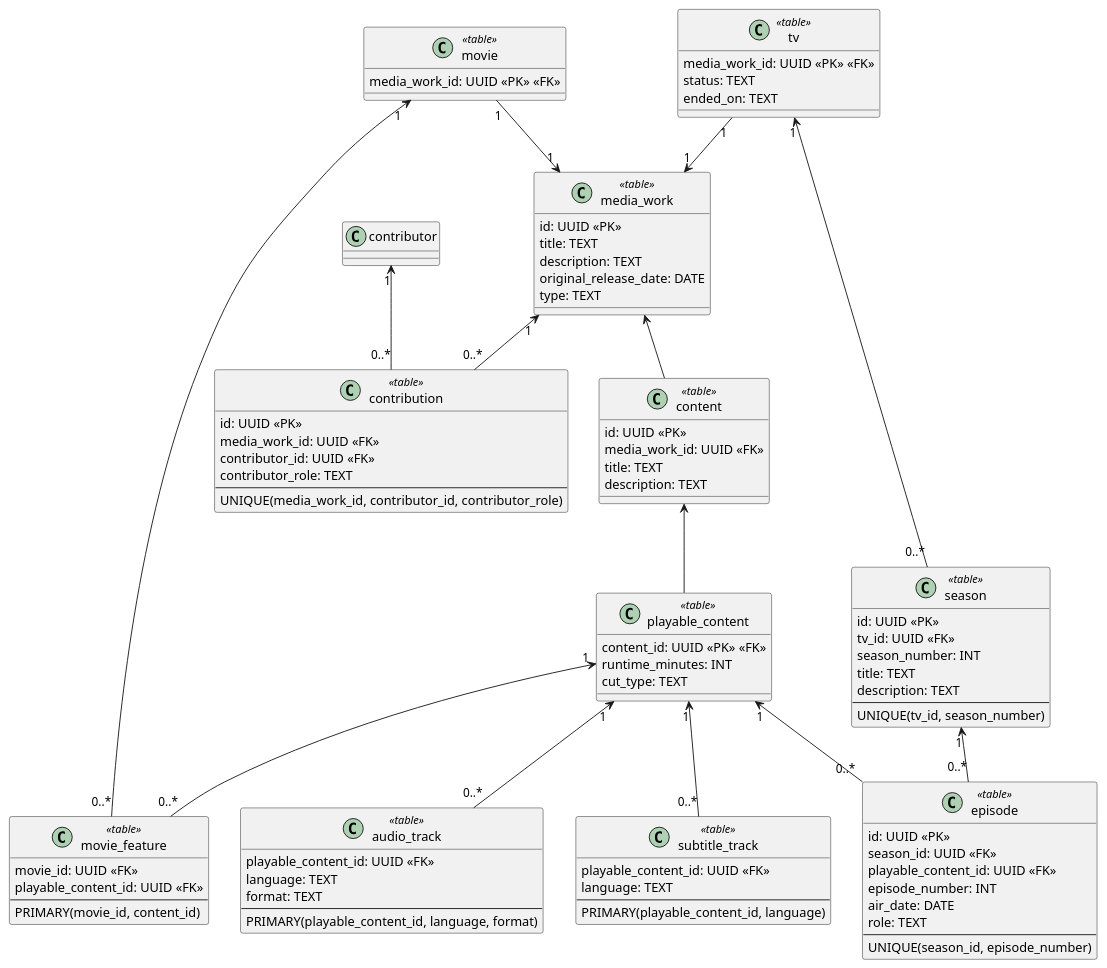
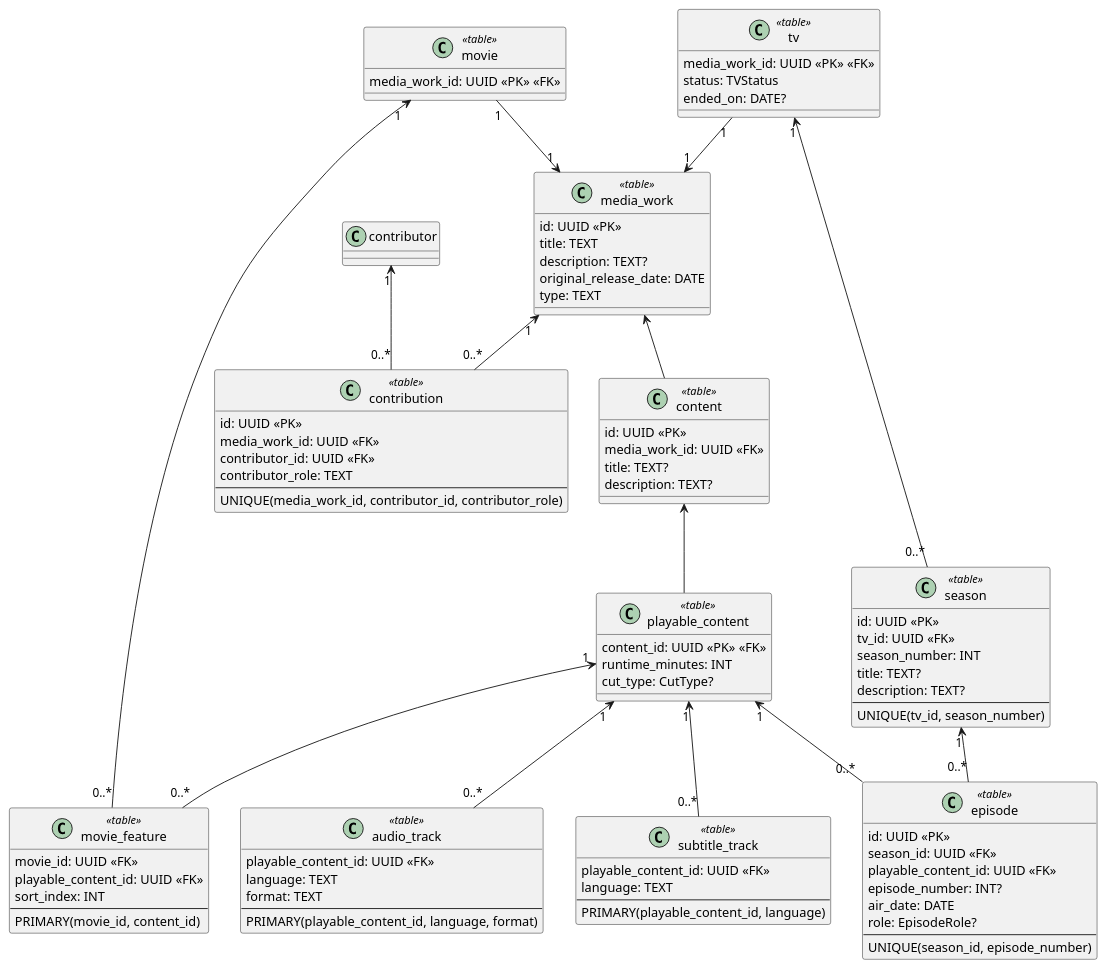
Before and after one commit to yantue/colleq: the diagram in docs/uml/data/media_work.data.puml, drawn with PlantUML. The commit also changed 3 other files, not shown here.

```diff
--- a/docs/uml/data/media_work.data.puml
+++ b/docs/uml/data/media_work.data.puml
@@ -1,117 +1,118 @@
 @startuml
 skinparam classAttributeIconSize 0
 
 ' ===== CORE =====
 class media_work <<table>> {
     id: UUID <<PK>>
     title: TEXT
-    description: TEXT
+    description: TEXT?
     original_release_date: DATE
     type: TEXT
 }
 
 ' ===== CONTRIBUTIONS =====
 class contribution <<table>> {
     id: UUID <<PK>>
     media_work_id: UUID <<FK>>
     contributor_id: UUID <<FK>>
     contributor_role: TEXT
     --
     UNIQUE(media_work_id, contributor_id, contributor_role)
 }
 
 media_work "1" <-- "0..*" contribution
 
 ' ===== CONTENT =====
 class content <<table>> {
     id: UUID <<PK>>
     media_work_id: UUID <<FK>>
-    title: TEXT
-    description: TEXT
+    title: TEXT?
+    description: TEXT?
 }
 
 media_work <-- content
 
 class playable_content <<table>> {
     content_id: UUID <<PK>> <<FK>>
     runtime_minutes: INT
-    cut_type: TEXT
+    cut_type: CutType?
 }
 
 content <-- playable_content
 
 class audio_track <<table>> {
     playable_content_id: UUID <<FK>>
     language: TEXT
     format: TEXT
     --
     PRIMARY(playable_content_id, language, format)
 }
 
 playable_content "1" <-- "0..*" audio_track
 
 class subtitle_track <<table>> {
     playable_content_id: UUID <<FK>>
     language: TEXT
     --
     PRIMARY(playable_content_id, language)
 }
 
 playable_content "1" <-- "0..*" subtitle_track
 
 ' ===== MOVIE =====
 class movie <<table>> {
     media_work_id: UUID <<PK>> <<FK>>
 }
 
 movie "1" --> "1" media_work
 
 class movie_feature <<table>> {
      movie_id: UUID <<FK>>
      playable_content_id: UUID <<FK>>
+     sort_index: INT
      --
      PRIMARY(movie_id, content_id)
 }
 
 movie "1" <-- "0..*" movie_feature
 playable_content "1" <-- "0..*" movie_feature
 
 ' ===== TV =====
 class tv <<table>> {
     media_work_id: UUID <<PK>> <<FK>>
-    status: TEXT
-    ended_on: TEXT
+    status: TVStatus
+    ended_on: DATE?
 }
 
 tv "1" --> "1" media_work
 
 class season <<table>> {
     id: UUID <<PK>>
     tv_id: UUID <<FK>>
     season_number: INT
-    title: TEXT
-    description: TEXT
+    title: TEXT?
+    description: TEXT?
     --
     UNIQUE(tv_id, season_number)
 }
 
 tv "1" <-- "0..*" season
 
 class episode <<table>> {
     id: UUID <<PK>>
     season_id: UUID <<FK>>
     playable_content_id: UUID <<FK>>
-    episode_number: INT
+    episode_number: INT?
     air_date: DATE
-    role: TEXT
+    role: EpisodeRole?
     --
     UNIQUE(season_id, episode_number)
 }
 
 season "1" <-- "0..*" episode
 playable_content "1" <-- "0..*" episode
 
 ' ===== CROSS-AGGREGATE REFERENCE =====
 contributor "1" <-- "0..*" contribution
 
 @enduml
```
